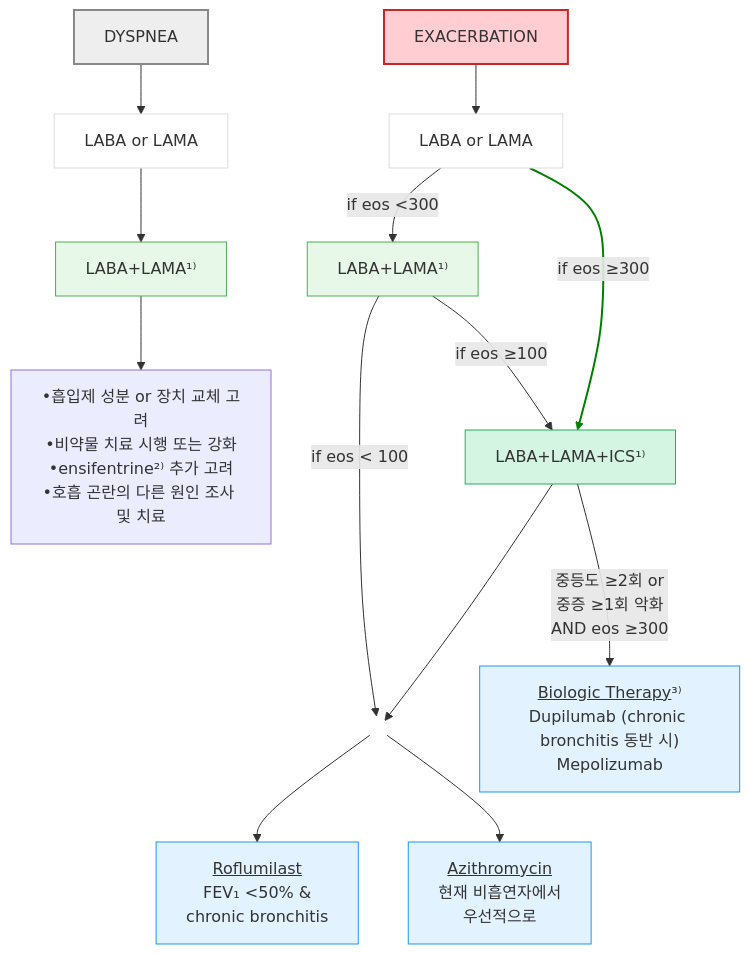
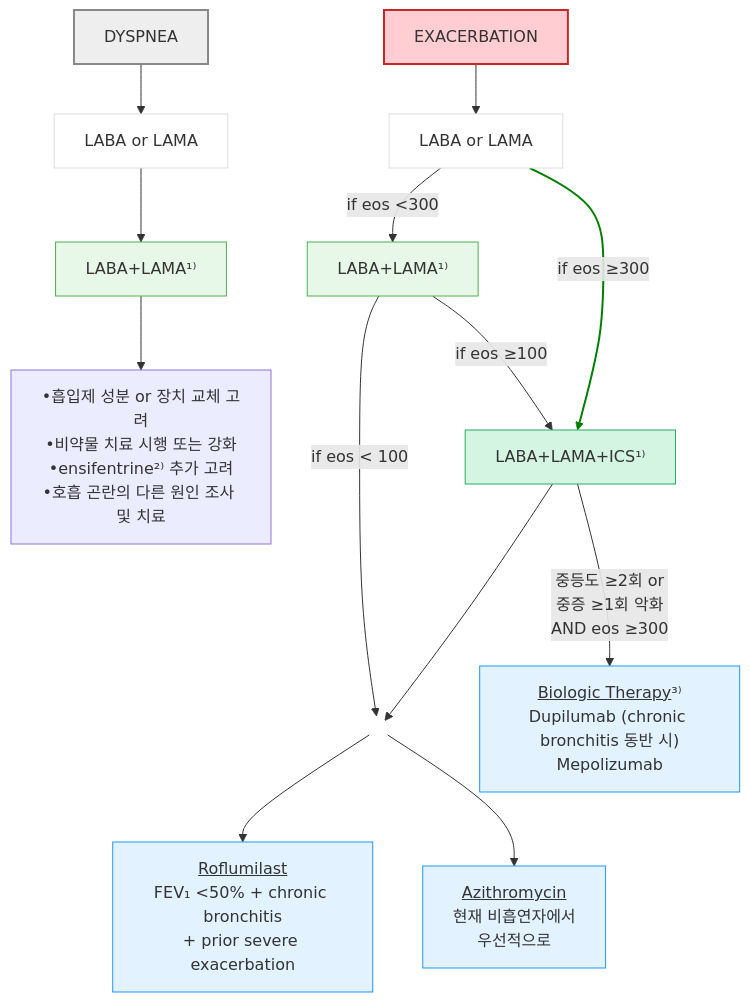
Before and after one commit to familyoh77/familyoh77: the first of 3 diagrams in 223_/072_-copd.md, drawn with Mermaid. The commit also changed other lines of this file and 7 other files, not shown here.

````diff
--- a/223_/072_-copd.md
+++ b/223_/072_-copd.md
@@ -407,35 +398,35 @@
 ```mermaid
 graph TD
 %% DYSPNEA pathway
 D0[DYSPNEA] --> D1[LABA or LAMA]
     D1 --> D2["LABA+LAMA¹⁾"]
     D2 --> D3["•흡입제 성분 or 장치 교체 고려<br/>•비약물 치료 시행 또는 강화<br/>•ensifentrine²⁾ 추가 고려<br/>•호흡 곤란의 다른 원인 조사 및 치료"]
 
 %% EXACERBATION pathway (중등도 또는 중증 악화 ≥1회/년)
 E0[EXACERBATION] --> E1[LABA or LAMA]
 
     E2 -- "if eos ≥100" --> E3
     E1 -- "if eos <300" --> E2["LABA+LAMA¹⁾"]
     E1 -- "if eos ≥300" --> E3["LABA+LAMA+ICS¹⁾"]    
 
     
     E2 -- "if eos < 100" --> E4{ }
     E3 --> E4
     
-    E4 --> E5["<u>Roflumilast</u><br/>FEV₁ <50% &<br/>chronic bronchitis"]
+    E4 --> E5["<u>Roflumilast</u><br/>FEV₁ <50% + chronic bronchitis<br/>+ prior severe exacerbation"]
     E4 --> E6["<u>Azithromycin</u><br/>현재 비흡연자에서<br/>우선적으로"]
     E3 -- "중등도 ≥2회 or<br/>중증 ≥1회 악화<br/>AND eos ≥300"--> E7["<u>Biologic Therapy</u>³⁾<br/>Dupilumab (chronic bronchitis 동반 시)<br/>Mepolizumab"]
 
 style D0 fill:#eeeeee,stroke:#888888,stroke-width:2px
 style D1 fill:#fff,stroke:#ddd
 style D2 fill:#e8f8e8,stroke:#4caf50
 style E0 fill:#ffcdd2,stroke:#c62828,stroke-width:2px
 style E1 fill:#fff,stroke:#ddd
 style E2 fill:#e8f8e8,stroke:#4caf50
 style E3 fill:#d5f5e3,stroke:#27ae60
 style E4 fill:none,stroke:none
 classDef sky fill:#e3f2ff,stroke:#2196f3
 class E5,E6,E7 sky
 
 linkStyle 6 stroke:green,stroke-width:2px;
 ```
````
